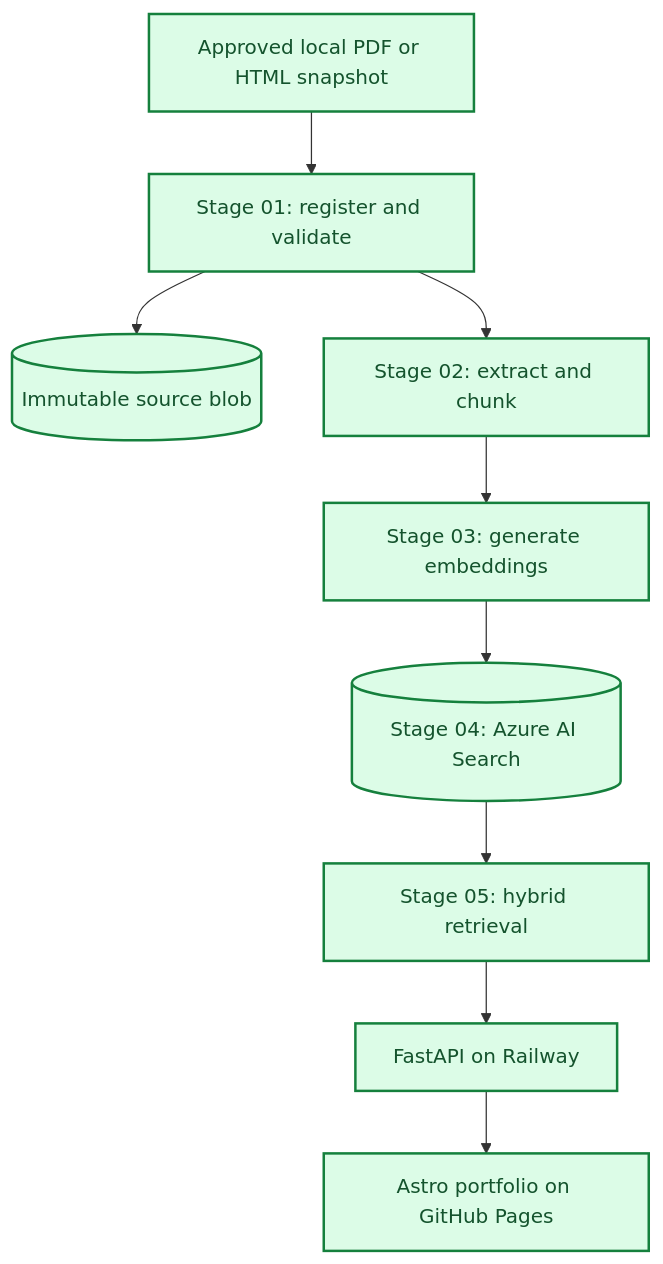
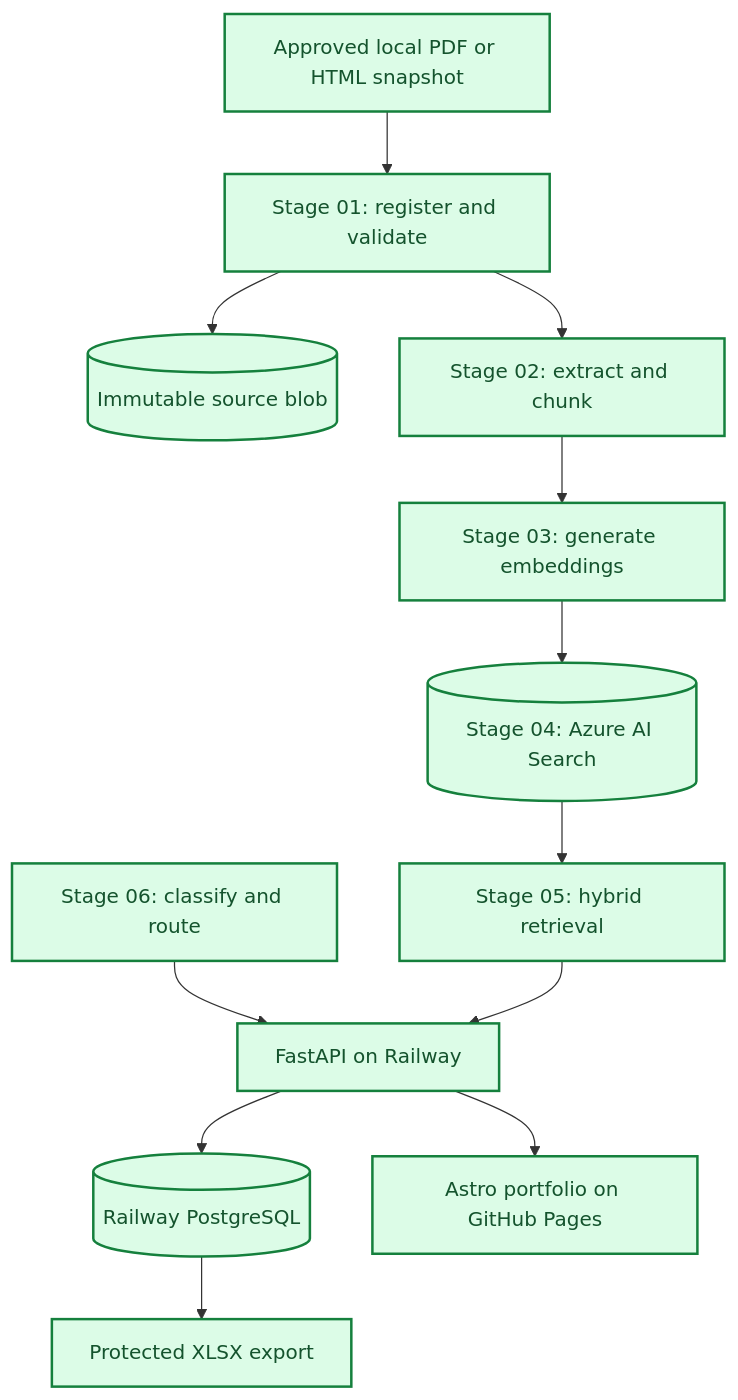
The first of 3 diagrams in docs/overview/project-architecture.md (kenjihilasak/uol-finance-ai-assistant), drawn with Mermaid before and after one commit. The commit also changed other lines of this file and 22 other files, not shown here.

````diff
--- a/docs/overview/project-architecture.md
+++ b/docs/overview/project-architecture.md
@@ -21,27 +23,32 @@
 ```mermaid
 flowchart TB
     classDef implemented fill:#DCFCE7,stroke:#15803D,color:#14532D,stroke-width:2px
     classDef provisioned fill:#FEF3C7,stroke:#B45309,color:#78350F,stroke-width:2px
     classDef planned fill:#F1F5F9,stroke:#64748B,color:#334155,stroke-width:2px,stroke-dasharray:5 5
 
     source[Approved local PDF or HTML snapshot]
     ingest[Stage 01: register and validate]
     sourceBlob[(Immutable source blob)]
     process[Stage 02: extract and chunk]
     vectors[Stage 03: generate embeddings]
     search[(Stage 04: Azure AI Search)]
     retrieval[Stage 05: hybrid retrieval]
+    triage[Stage 06: classify and route]
     rag[FastAPI on Railway]
+    db[(Railway PostgreSQL)]
+    excel[Protected XLSX export]
     ui[Astro portfolio on GitHub Pages]
 
     source --> ingest
     ingest --> sourceBlob
     ingest --> process
     process --> vectors
     vectors --> search
     search --> retrieval
+    triage --> rag
     retrieval --> rag
     rag --> ui
+    rag --> db --> excel
 
-    class source,ingest,sourceBlob,process,vectors,search,retrieval,rag,ui implemented
+    class source,ingest,sourceBlob,process,vectors,search,retrieval,triage,rag,db,excel,ui implemented
 ```
````
